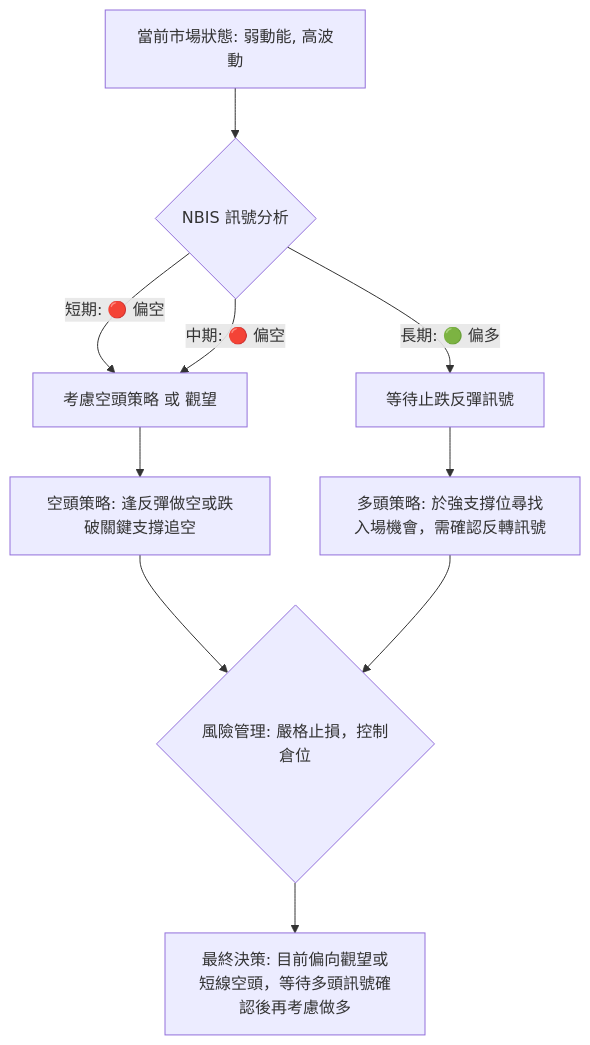
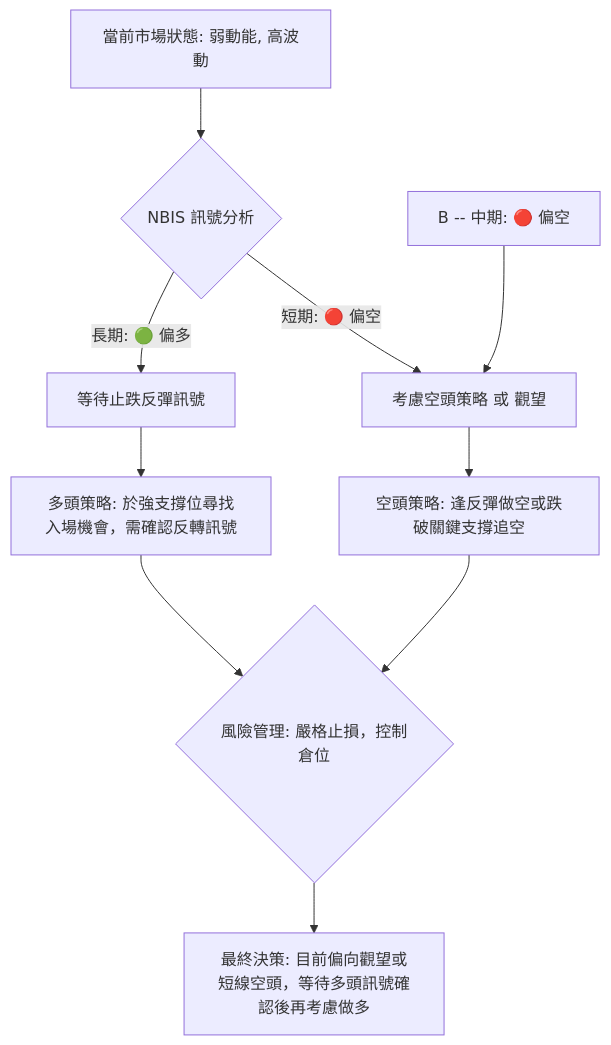
One commit to yennanliu/finance_data changed diagram 11 of 12 in ai_gen_report/stock/nbis/technical_analysis_2026-07-02_gemini.md. Above: the diagram before and after it, drawn with Mermaid. The commit also changed other lines of this file and 2258 other files, not shown here.

First line of the commit message:
chore: backfill Mermaid syntax repair across existing reports

````diff
--- a/ai_gen_report/stock/nbis/technical_analysis_2026-07-02_gemini.md
+++ b/ai_gen_report/stock/nbis/technical_analysis_2026-07-02_gemini.md
@@ -687,15 +687,15 @@
 ```mermaid
 graph TD
-    A[當前市場狀態: 弱動能, 高波動] --> B{NBIS 訊號分析}
-    B -- 短期: 🔴 偏空 --> C[考慮空頭策略 或 觀望]
-    B -- 中期: 🔴 偏空 --> C
-    B -- 長期: 🟢 偏多 --> D[等待止跌反彈訊號]
+    A["當前市場狀態: 弱動能, 高波動"] --> B{"NBIS 訊號分析"}
+    B -- 短期: 🔴 偏空 --> C["考慮空頭策略 或 觀望"]
+    nb1["B -- 中期: 🔴 偏空"] --> C
+    B -- 長期: 🟢 偏多 --> D["等待止跌反彈訊號"]
 
-    C --> E[空頭策略: 逢反彈做空或跌破關鍵支撐追空]
-    D --> F[多頭策略: 於強支撐位尋找入場機會，需確認反轉訊號]
+    C --> E["空頭策略: 逢反彈做空或跌破關鍵支撐追空"]
+    D --> F["多頭策略: 於強支撐位尋找入場機會，需確認反轉訊號"]
 
-    E --> G{風險管理: 嚴格止損，控制倉位}
+    E --> G{"風險管理: 嚴格止損，控制倉位"}
     F --> G
 
-    G --> H[最終決策: 目前偏向觀望或短線空頭，等待多頭訊號確認後再考慮做多]
+    G --> H["最終決策: 目前偏向觀望或短線空頭，等待多頭訊號確認後再考慮做多"]
 ```
````
